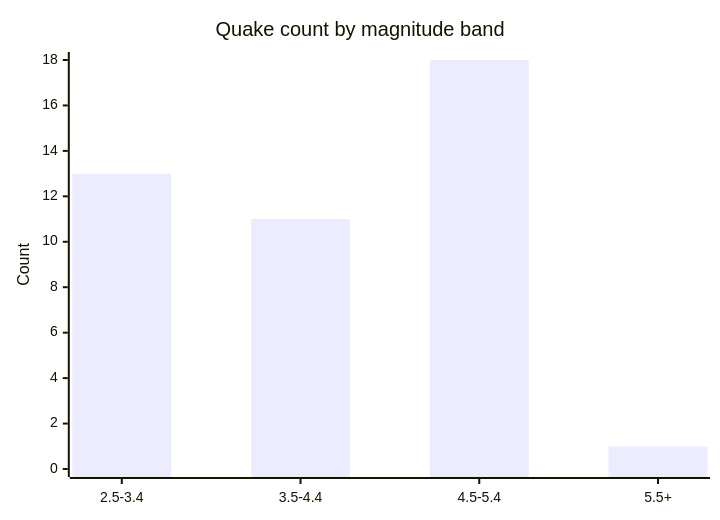
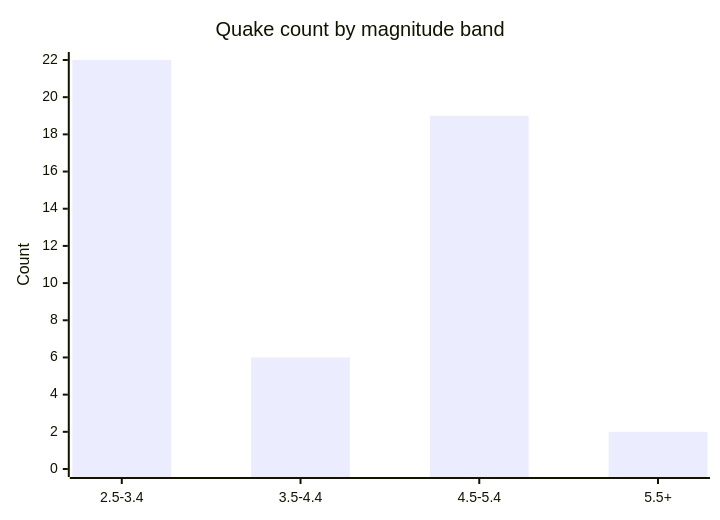
The fifth of 6 diagrams in docs/GRAPHS.md (Midwest-Stratospheric/aerostratospheric-defense-gir), drawn with Mermaid before and after one commit. The commit also changed other lines of this file and 25 other files, not shown here.

````diff
--- a/docs/GRAPHS.md
+++ b/docs/GRAPHS.md
@@ -82,7 +82,7 @@
 ```mermaid
 xychart-beta
   title "Quake count by magnitude band"
   x-axis ["2.5-3.4", "3.5-4.4", "4.5-5.4", "5.5+"]
-  y-axis "Count" 0 --> 18
-  bar [13, 11, 18, 1]
+  y-axis "Count" 0 --> 22
+  bar [22, 6, 19, 2]
 ```
````
